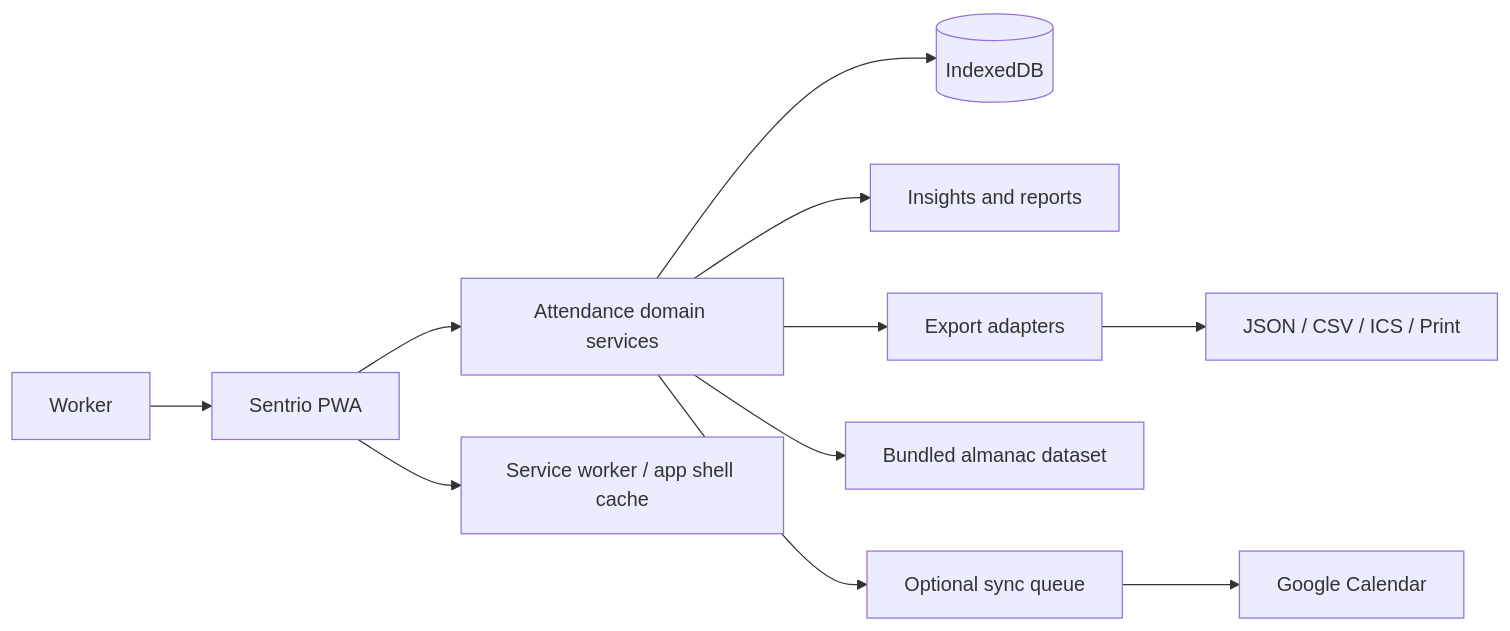
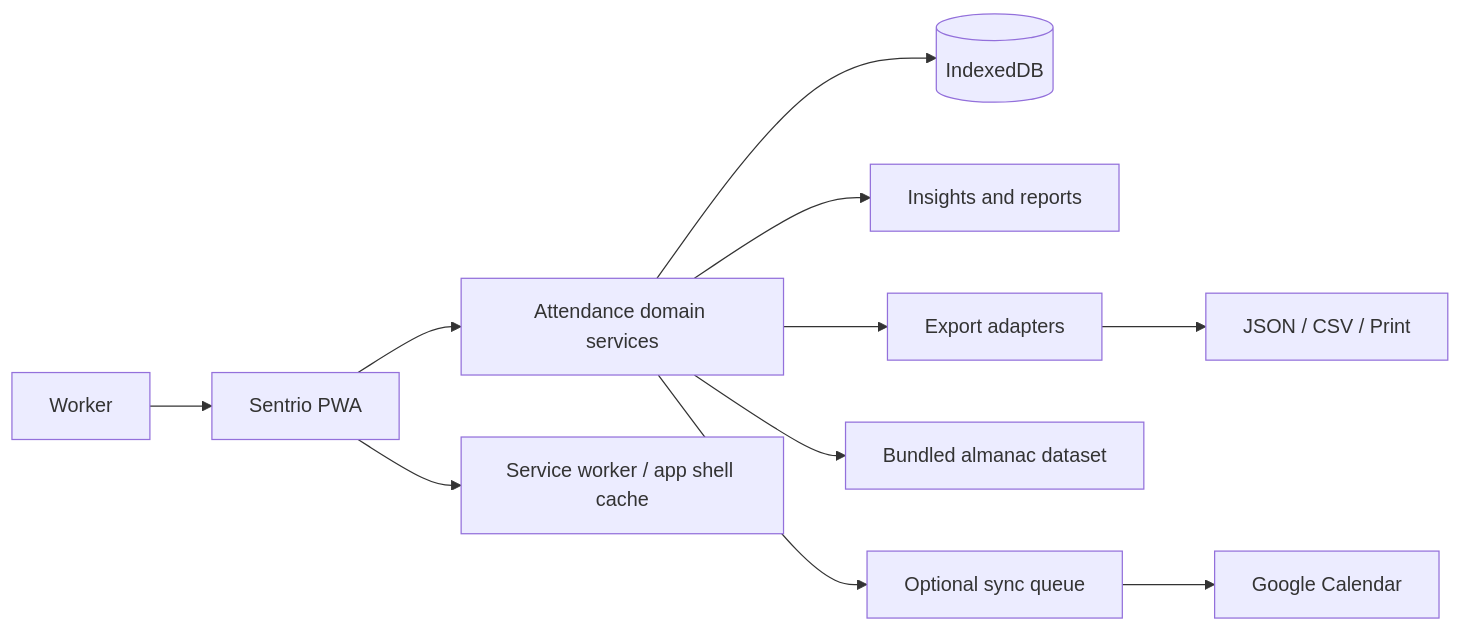
One commit to shreenath-ai/sentrio changed the first of 3 diagrams in docs/ARCHITECTURE.md. Above: the diagram before and after it, drawn with Mermaid. The commit also changed other lines of this file and 2 other files, not shown here.

Commit message:
Update plans after removing ICS export

````diff
--- a/docs/ARCHITECTURE.md
+++ b/docs/ARCHITECTURE.md
@@ -22,13 +22,13 @@
 ```mermaid
 flowchart LR
     Worker[Worker] --> UI[Sentrio PWA]
     UI --> Domain[Attendance domain services]
     Domain --> DB[(IndexedDB)]
     UI --> SW[Service worker / app shell cache]
     Domain --> Insight[Insights and reports]
     Domain --> Export[Export adapters]
     Domain --> Almanac[Bundled almanac dataset]
     Domain --> Queue[Optional sync queue]
     Queue --> Google[Google Calendar]
-    Export --> Files[JSON / CSV / ICS / Print]
+    Export --> Files[JSON / CSV / Print]
 ```
````
